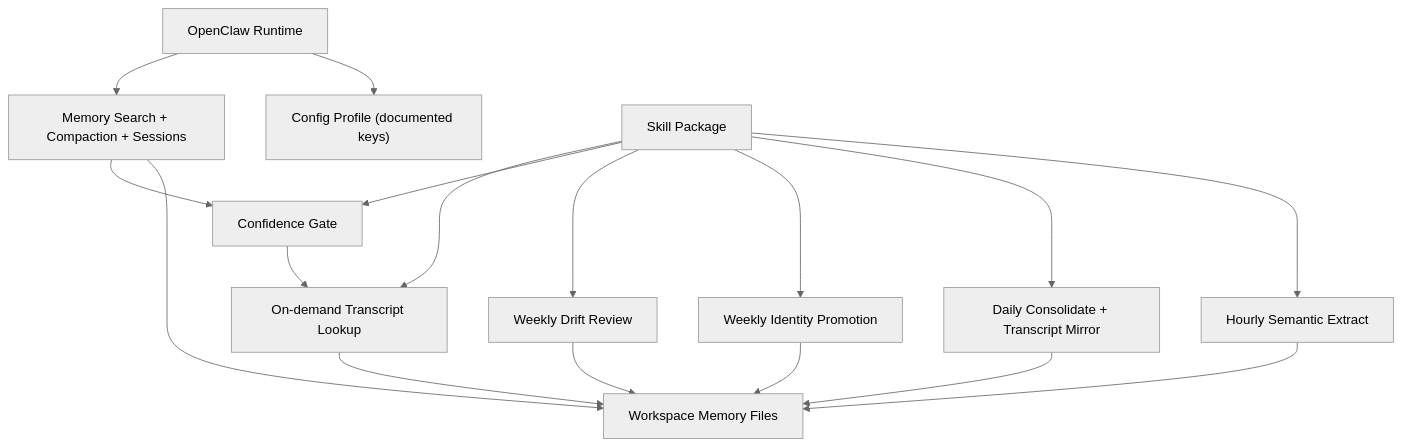
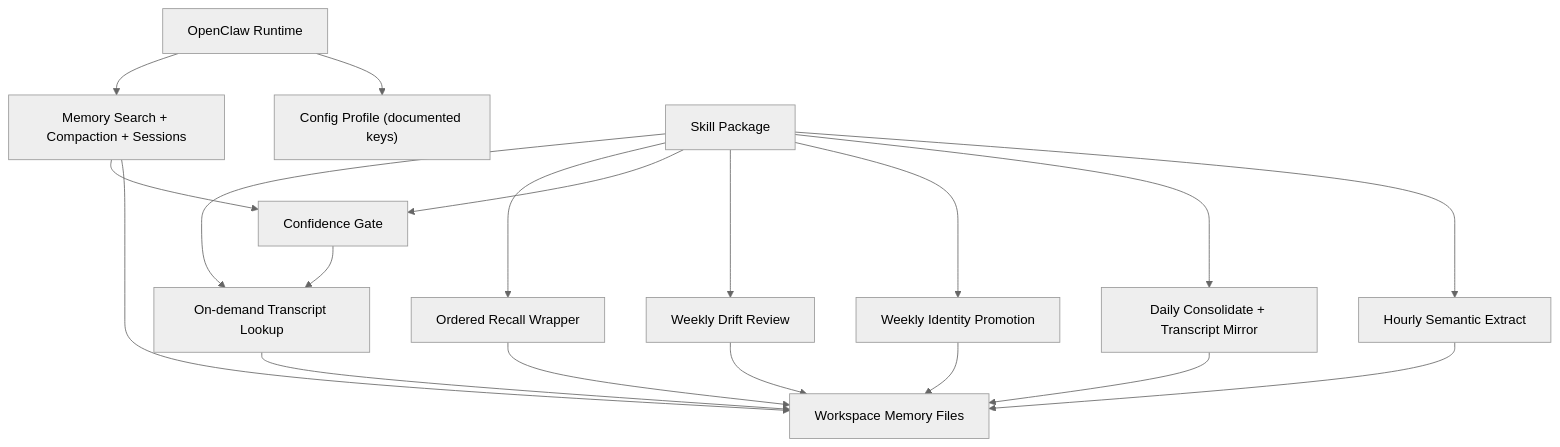
One commit to Celi-Celeste/OpenClaw_Memory_Governance changed the diagram in docs/architecture.md. Above: the diagram before and after it, drawn with Mermaid (neutral theme). The commit also changed 13 other files, not shown here.

Commit message:
Harden rollout hygiene and add deterministic ordered recall

````diff
--- a/docs/architecture.md
+++ b/docs/architecture.md
@@ -9,19 +9,21 @@
 ```mermaid
 flowchart TD
     A["OpenClaw Runtime"] --> B["Config Profile (documented keys)"]
     A --> C["Memory Search + Compaction + Sessions"]
     D["Skill Package"] --> E["Hourly Semantic Extract"]
     D --> F["Daily Consolidate + Transcript Mirror"]
     D --> G["Weekly Identity Promotion"]
     D --> H["Weekly Drift Review"]
     D --> I["Confidence Gate"]
+    D --> L["Ordered Recall Wrapper"]
     D --> J["On-demand Transcript Lookup"]
     C --> K["Workspace Memory Files"]
     C --> I
+    L --> K
     E --> K
     F --> K
     G --> K
     H --> K
     I --> J
     J --> K
 ```
````
